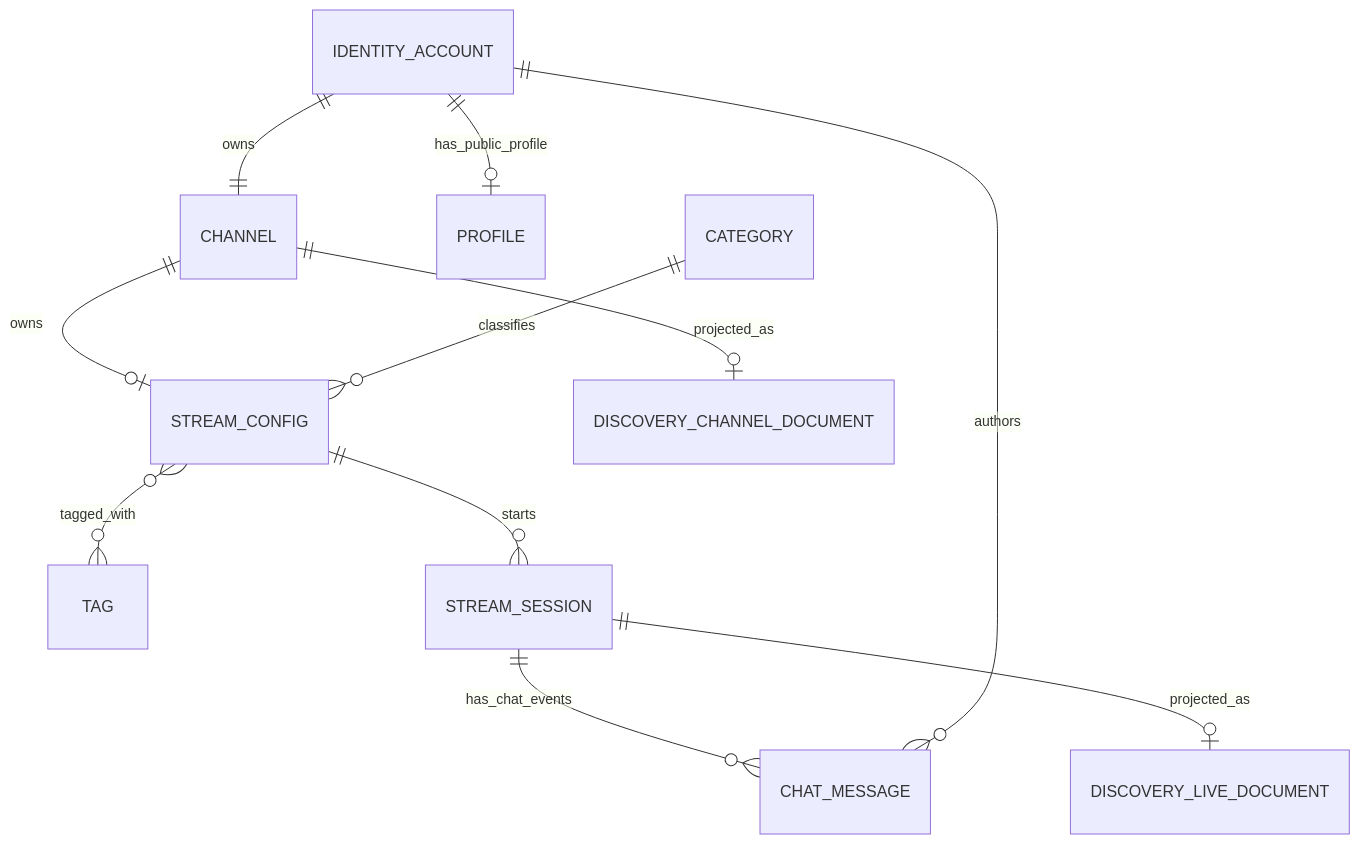
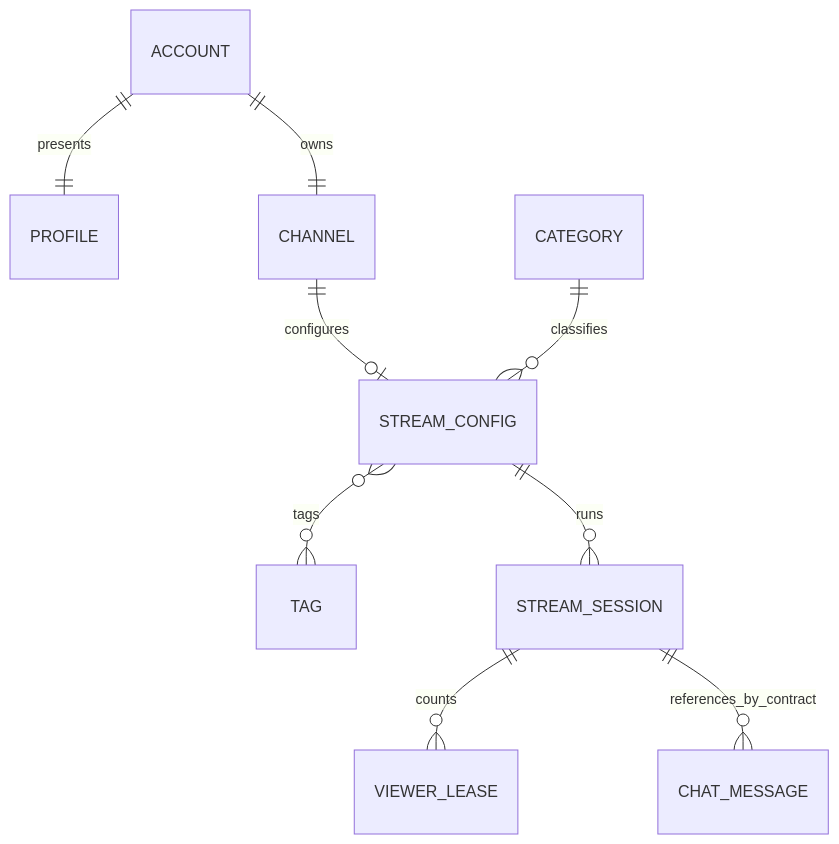
The diagram in docs/contratos_modelo_datos.md (SWARCH-1A/streaming), drawn with Mermaid before and after one commit. The commit also changed other lines of this file and 41 other files, not shown here.

````diff
--- a/docs/contratos_modelo_datos.md
+++ b/docs/contratos_modelo_datos.md
@@ -8,13 +8,11 @@
 ```mermaid
 erDiagram
-  IDENTITY_ACCOUNT ||--|| CHANNEL : owns
-  IDENTITY_ACCOUNT ||--o| PROFILE : has_public_profile
-  CHANNEL ||--o| STREAM_CONFIG : owns
+  ACCOUNT ||--|| PROFILE : presents
+  ACCOUNT ||--|| CHANNEL : owns
+  CHANNEL ||--o| STREAM_CONFIG : configures
   CATEGORY ||--o{ STREAM_CONFIG : classifies
-  STREAM_CONFIG }o--o{ TAG : tagged_with
-  STREAM_CONFIG ||--o{ STREAM_SESSION : starts
-  STREAM_SESSION ||--o{ CHAT_MESSAGE : has_chat_events
-  CHANNEL ||--o| DISCOVERY_CHANNEL_DOCUMENT : projected_as
-  STREAM_SESSION ||--o| DISCOVERY_LIVE_DOCUMENT : projected_as
-  IDENTITY_ACCOUNT ||--o{ CHAT_MESSAGE : authors
+  STREAM_CONFIG }o--o{ TAG : tags
+  STREAM_CONFIG ||--o{ STREAM_SESSION : runs
+  STREAM_SESSION ||--o{ VIEWER_LEASE : counts
+  STREAM_SESSION ||--o{ CHAT_MESSAGE : references_by_contract
 ```
````
